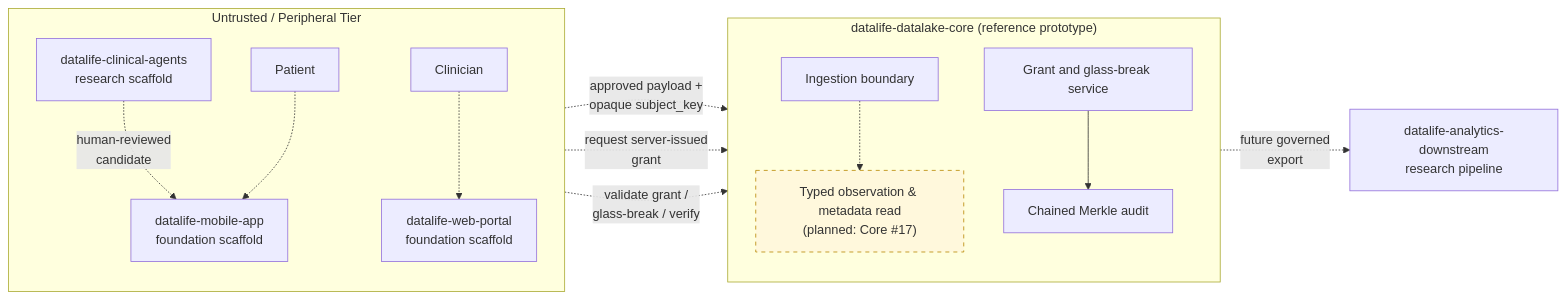
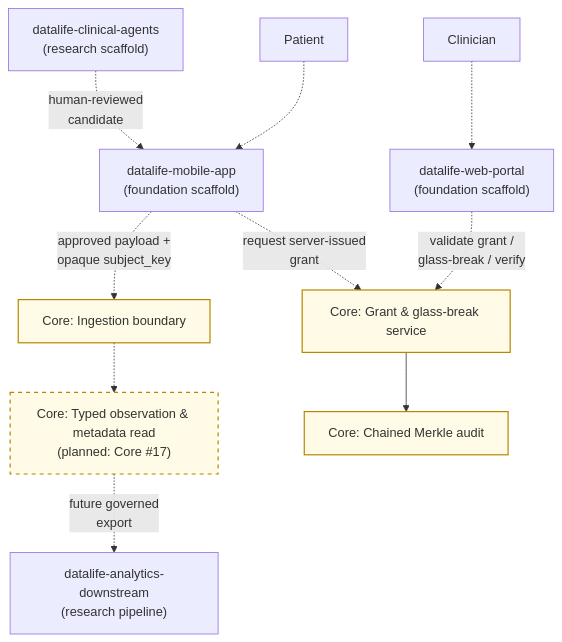
Before and after one commit to datalife-ehealth/.github: the diagram in profile/README.md, drawn with Mermaid.

Commit message:
docs(profile): simplify vertical architecture diagram

````diff
--- a/profile/README.md
+++ b/profile/README.md
@@ -51,36 +51,33 @@
 ```mermaid
-flowchart LR
-    subgraph Clients["Untrusted / Peripheral Tier"]
-        direction TB
-        Agents["datalife-clinical-agents<br/>research scaffold"]
-        Patient[Patient]
-        Clinician[Clinician]
-        Mobile["datalife-mobile-app<br/>foundation scaffold"]
-        Web["datalife-web-portal<br/>foundation scaffold"]
+flowchart TB
+    Agents["datalife-clinical-agents<br/>(research scaffold)"]
+    Patient[Patient]
+    Clinician[Clinician]
 
-        Agents -.->|"human-reviewed<br/>candidate"| Mobile
-        Patient -.-> Mobile
-        Clinician -.-> Web
-    end
+    Mobile["datalife-mobile-app<br/>(foundation scaffold)"]
+    Web["datalife-web-portal<br/>(foundation scaffold)"]
 
-    subgraph CoreRepo["datalife-datalake-core (reference prototype)"]
-        direction TB
-        Ingest[Ingestion boundary]
-        ObsStore["Typed observation & metadata read<br/>(planned: Core #17)"]
-        Grants[Grant and glass-break service]
-        Audit[Chained Merkle audit]
+    Agents -.->|"human-reviewed<br/>candidate"| Mobile
+    Patient -.-> Mobile
+    Clinician -.-> Web
 
-        Ingest -.-> ObsStore
-        Grants --> Audit
-    end
-
-    Analytics["datalife-analytics-downstream<br/>research pipeline"]
+    Ingest["Core: Ingestion boundary"]
+    Grants["Core: Grant & glass-break service"]
+    ObsStore["Core: Typed observation & metadata read<br/>(planned: Core #17)"]
+    Audit["Core: Chained Merkle audit"]
 
     Mobile -.->|"approved payload +<br/>opaque subject_key"| Ingest
     Mobile -.->|"request server-issued<br/>grant"| Grants
     Web -.->|"validate grant /<br/>glass-break / verify"| Grants
+
+    Ingest -.-> ObsStore
+    Grants --> Audit
+
+    Analytics["datalife-analytics-downstream<br/>(research pipeline)"]
     ObsStore -.->|"future governed<br/>export"| Analytics
 
-    classDef planned fill:#fff8dc,stroke:#b88700,stroke-dasharray: 5 5;
-    class ObsStore planned;
+    classDef coreActive fill:#fffbe6,stroke:#b88700,stroke-width:1.5px;
+    classDef corePlanned fill:#fffbe6,stroke:#b88700,stroke-width:1.5px,stroke-dasharray: 5 5;
+    class Ingest,Grants,Audit coreActive;
+    class ObsStore corePlanned;
 ```
````
